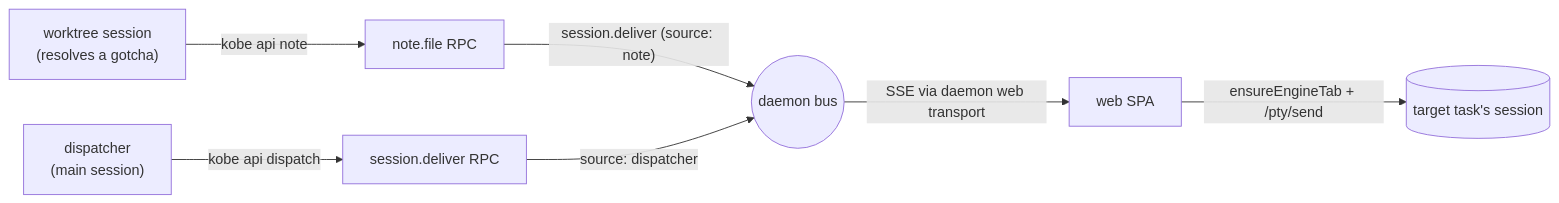
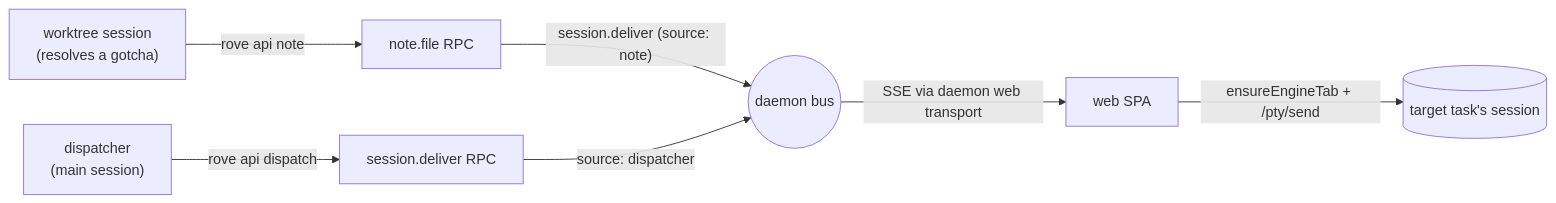
The first of 2 diagrams in docs/design/dispatcher.md (Sma1lboy/kobe), drawn with Mermaid before and after one commit. The commit also changed other lines of this file and 26 other files, not shown here.

````diff
--- a/docs/design/dispatcher.md
+++ b/docs/design/dispatcher.md
@@ -16,9 +16,9 @@
 ```mermaid
 flowchart LR
-  W["worktree session\n(resolves a gotcha)"] -- "kobe api note" --> RPC[note.file RPC]
+  W["worktree session\n(resolves a gotcha)"] -- "rove api note" --> RPC[note.file RPC]
   RPC -- "session.deliver (source: note)" --> Bus((daemon bus))
-  D["dispatcher\n(main session)"] -- "kobe api dispatch" --> RPC2[session.deliver RPC]
+  D["dispatcher\n(main session)"] -- "rove api dispatch" --> RPC2[session.deliver RPC]
   RPC2 -- "source: dispatcher" --> Bus
   Bus -- SSE via daemon web transport --> SPA[web SPA]
   SPA -- "ensureEngineTab + /pty/send" --> S[(target task's session)]
 ```
````
